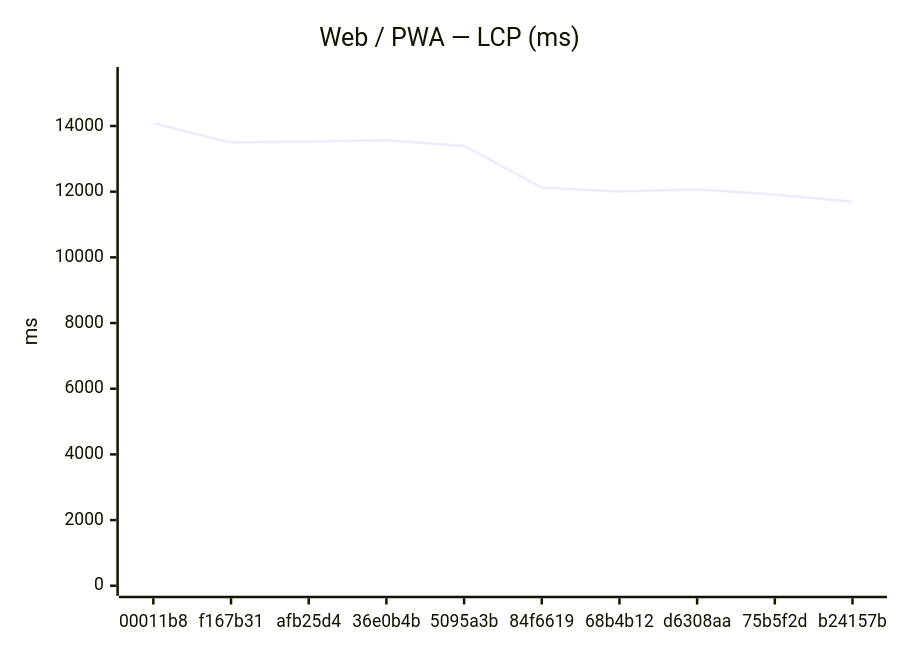
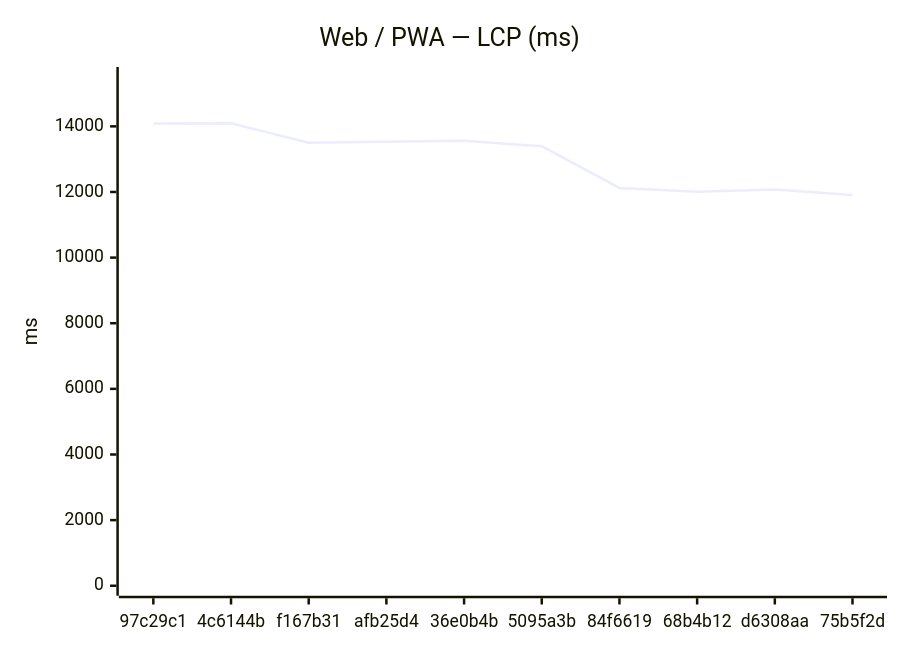
Before and after one commit to Metaheurist/Rianell: the first of 18 diagrams in benchmarks/compare.md, drawn with Mermaid. The commit also changed other lines of this file and 11 other files, not shown here.

````diff
--- a/benchmarks/compare.md
+++ b/benchmarks/compare.md
@@ -24,7 +24,7 @@
 ```mermaid
 xychart-beta
     title "Web / PWA — LCP (ms)"
-    x-axis ["00011b8", "f167b31", "afb25d4", "36e0b4b", "5095a3b", "84f6619", "68b4b12", "d6308aa", "75b5f2d", "b24157b"]
-    y-axis "ms" 0 --> 15492
-    line [14083, 13501, 13531, 13563, 13394, 12124, 12007, 12072, 11911, 11695]
+    x-axis ["97c29c1", "4c6144b", "f167b31", "afb25d4", "36e0b4b", "5095a3b", "84f6619", "68b4b12", "d6308aa", "75b5f2d"]
+    y-axis "ms" 0 --> 15504
+    line [14084, 14094, 13501, 13531, 13563, 13394, 12124, 12007, 12072, 11911]
 ```
````
